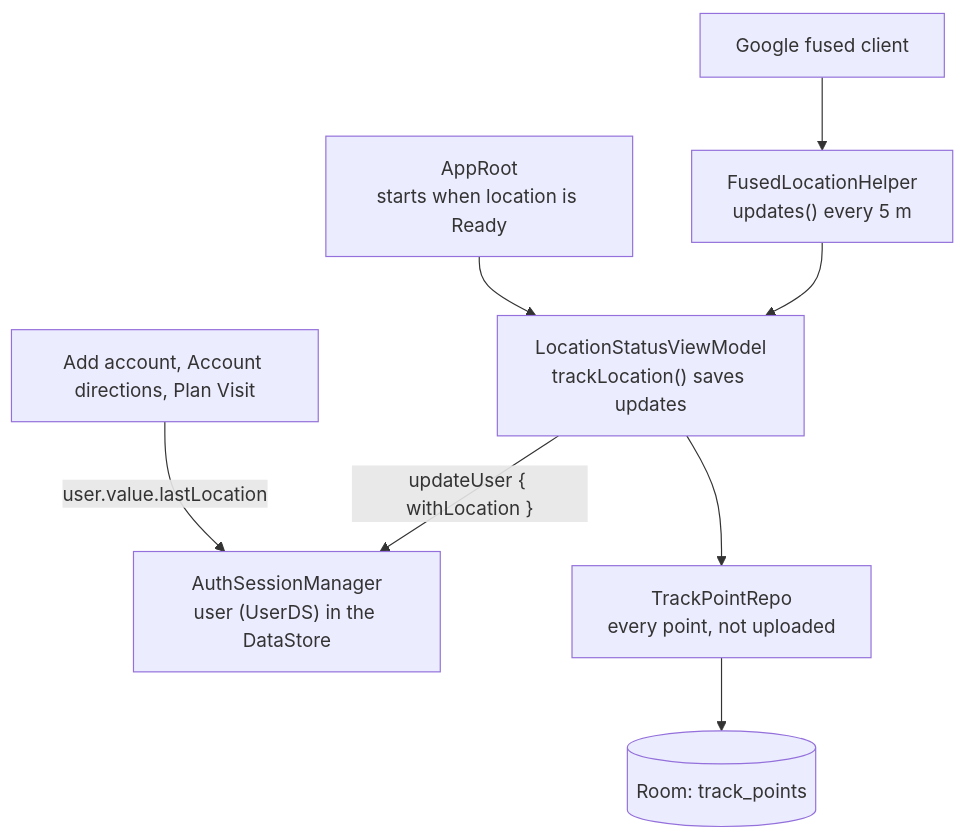
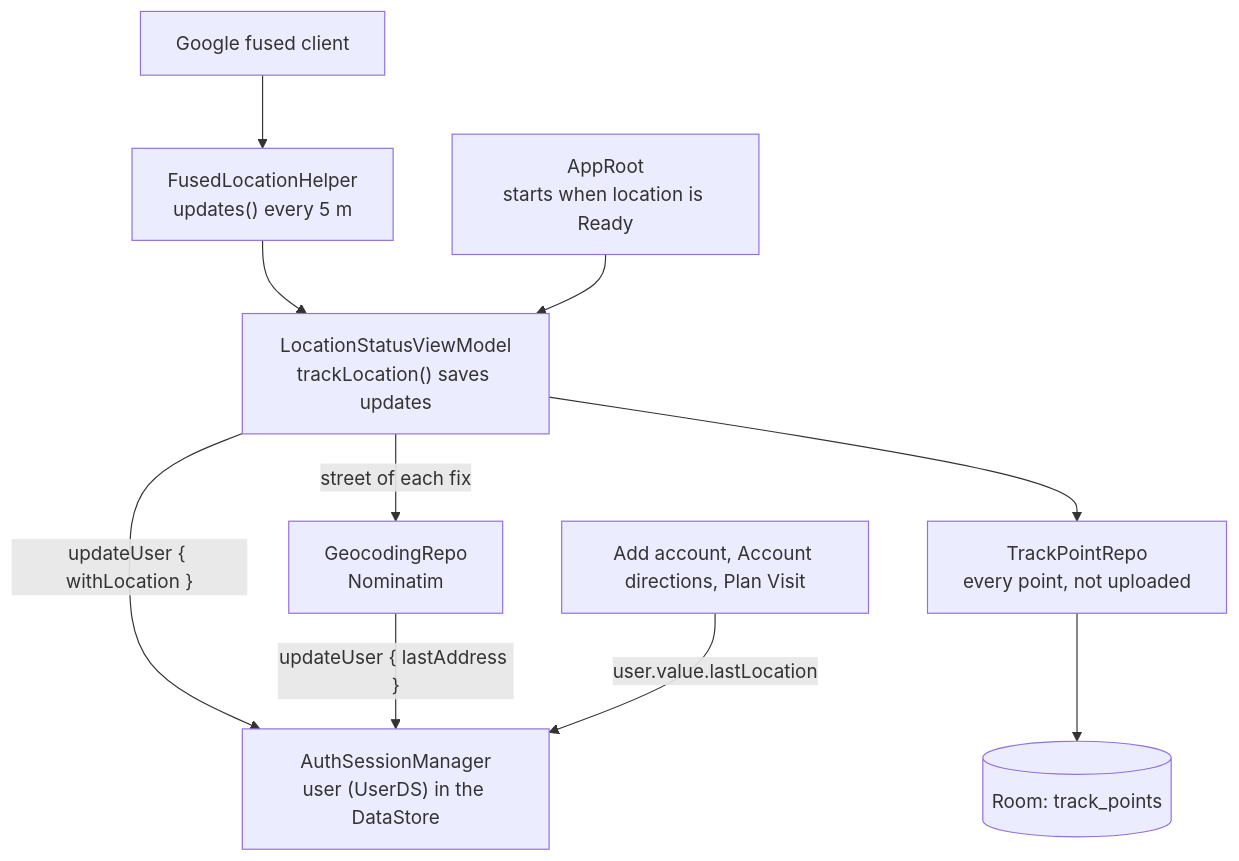
One commit to ahmed-tech-t/medicale_rep changed the diagram in docs/location-flow.md. Above: the diagram before and after it, drawn with Mermaid. The commit also changed other lines of this file and 33 other files, not shown here.

First line of the commit message:
feat(location): save street and GPS accuracy with the last location; weak-signal warning; route screens follow the session

````diff
--- a/docs/location-flow.md
+++ b/docs/location-flow.md
@@ -6,10 +6,12 @@
 ```mermaid
 flowchart TD
     G[Google fused client] --> H["FusedLocationHelper<br/>updates() every 5 m"]
     H --> V["LocationStatusViewModel<br/>trackLocation() saves updates"]
     R["AppRoot<br/>starts when location is Ready"] --> V
     V -->|"updateUser { withLocation }"| S["AuthSessionManager<br/>user (UserDS) in the DataStore"]
+    V -->|"street of each fix"| N["GeocodingRepo<br/>Nominatim"]
+    N -->|"updateUser { lastAddress }"| S
     V --> T["TrackPointRepo<br/>every point, not uploaded"]
     T --> DB[("Room: track_points")]
     P["Add account, Account directions, Plan Visit"] -->|"user.value.lastLocation"| S
 ```
````
